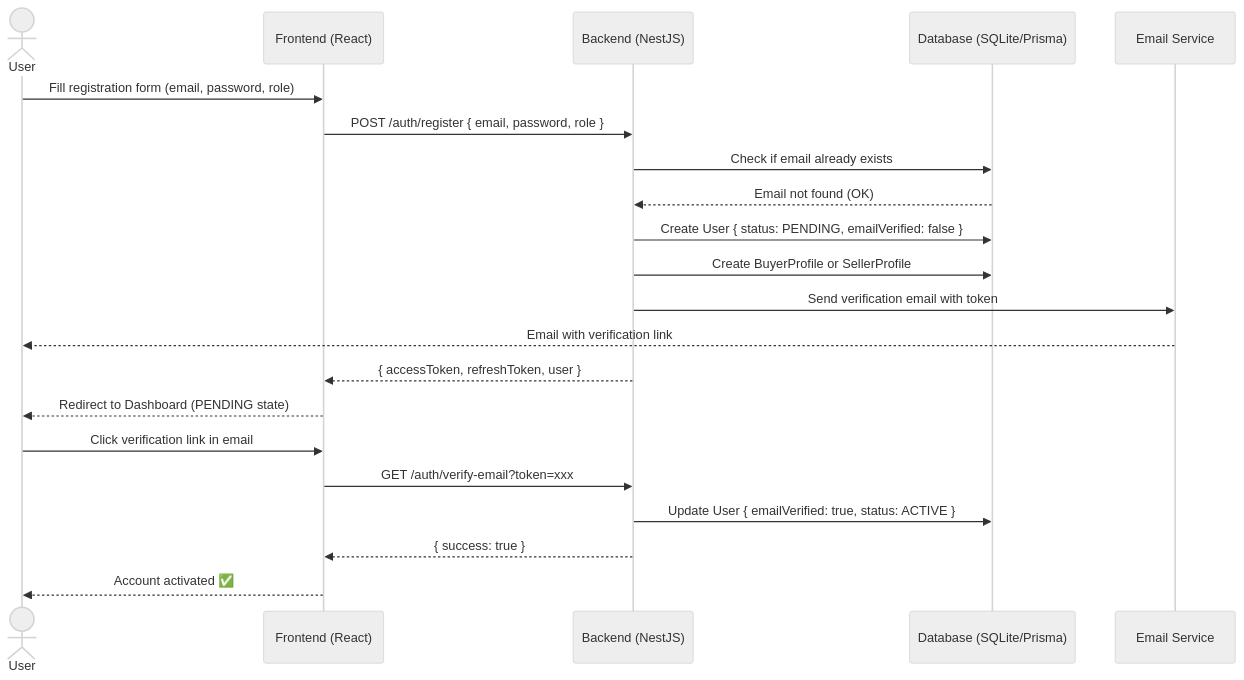
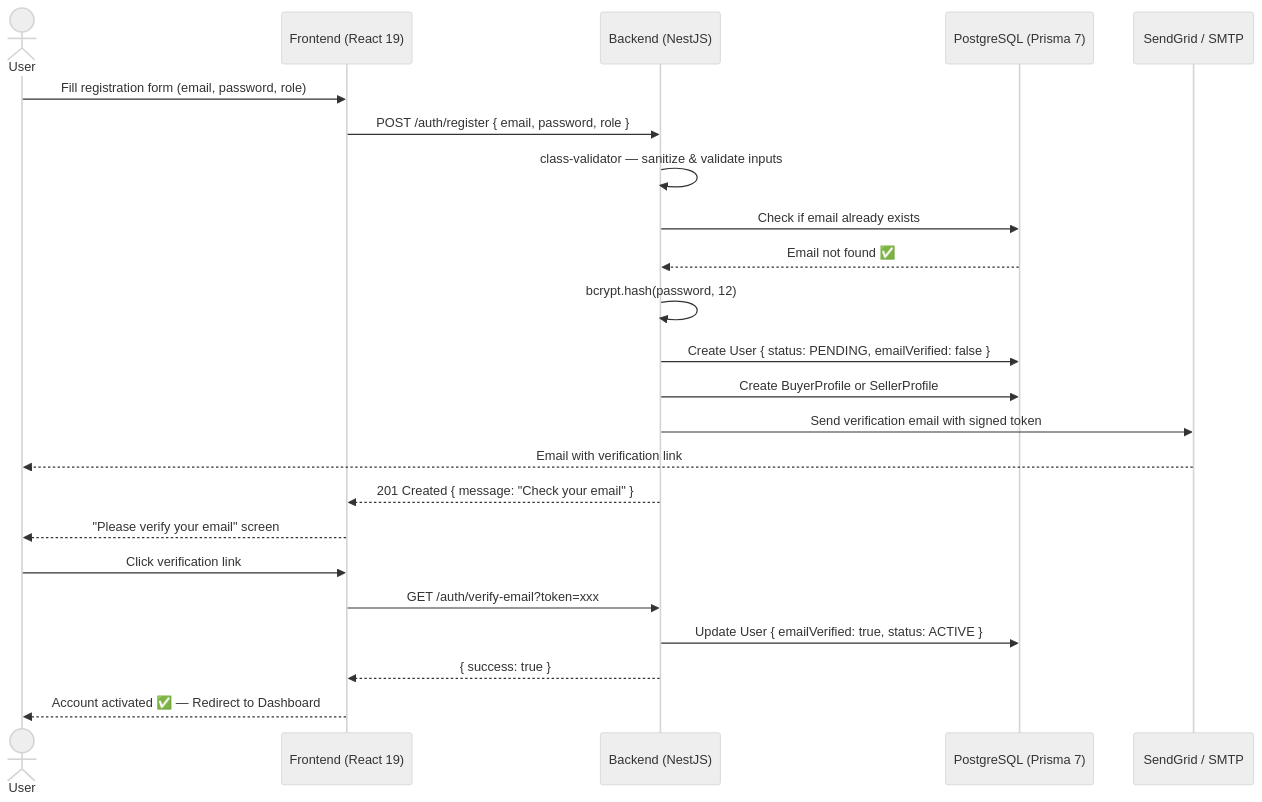
One commit to tayeb736/prohect12 changed the first of 10 diagrams in diagrams/02_sequence_diagram.md. Above: the diagram before and after it, drawn with Mermaid (neutral theme). The commit also changed other lines of this file and 7 other files, not shown here.

Commit message:
docs: update all UML diagrams — add PostgreSQL, Redis, S3, Stripe, SendGrid, KYC, Swagger per readme2 & README3

````diff
--- a/diagrams/02_sequence_diagram.md
+++ b/diagrams/02_sequence_diagram.md
@@ -8,25 +8,27 @@
 ```mermaid
 sequenceDiagram
   actor User
-  participant Browser as Frontend (React)
+  participant Browser as Frontend (React 19)
   participant API as Backend (NestJS)
-  participant DB as Database (SQLite/Prisma)
-  participant Mail as Email Service
+  participant DB as PostgreSQL (Prisma 7)
+  participant Mail as SendGrid / SMTP
 
   User->>Browser: Fill registration form (email, password, role)
   Browser->>API: POST /auth/register { email, password, role }
+  API->>API: class-validator — sanitize & validate inputs
   API->>DB: Check if email already exists
-  DB-->>API: Email not found (OK)
+  DB-->>API: Email not found ✅
+  API->>API: bcrypt.hash(password, 12)
   API->>DB: Create User { status: PENDING, emailVerified: false }
   API->>DB: Create BuyerProfile or SellerProfile
-  API->>Mail: Send verification email with token
+  API->>Mail: Send verification email with signed token
   Mail-->>User: Email with verification link
-  API-->>Browser: { accessToken, refreshToken, user }
-  Browser-->>User: Redirect to Dashboard (PENDING state)
+  API-->>Browser: 201 Created { message: "Check your email" }
+  Browser-->>User: "Please verify your email" screen
 
-  User->>Browser: Click verification link in email
+  User->>Browser: Click verification link
   Browser->>API: GET /auth/verify-email?token=xxx
   API->>DB: Update User { emailVerified: true, status: ACTIVE }
   API-->>Browser: { success: true }
-  Browser-->>User: Account activated ✅
+  Browser-->>User: Account activated ✅ — Redirect to Dashboard
 ```
````
